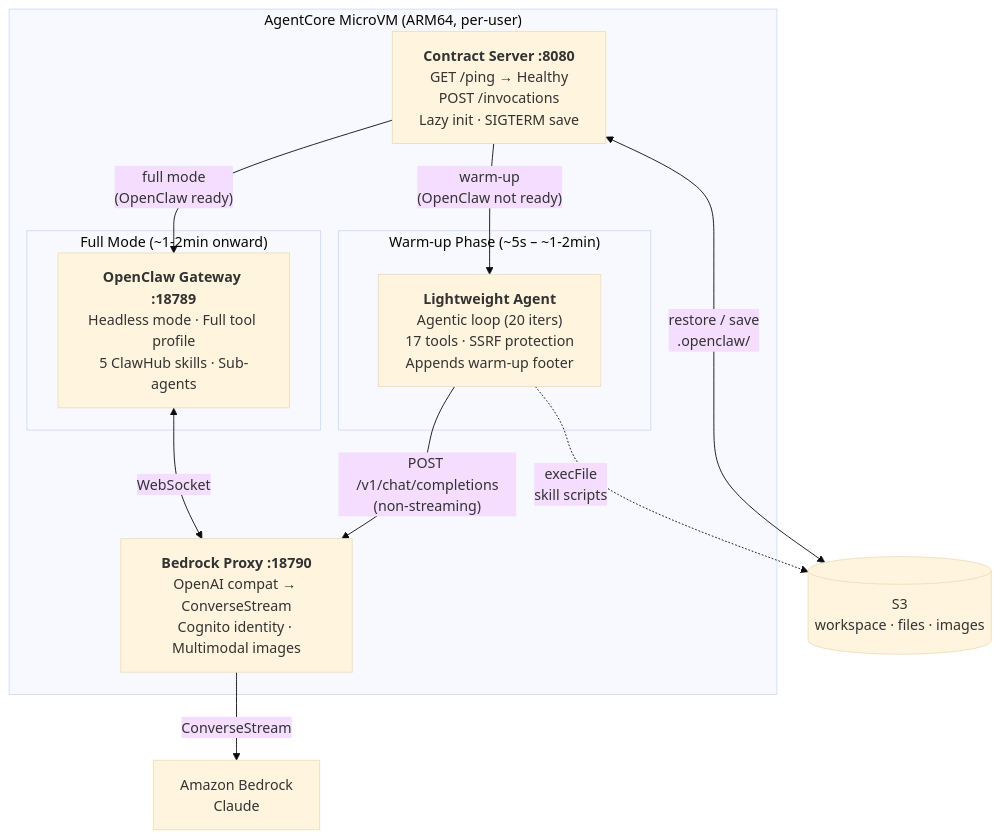
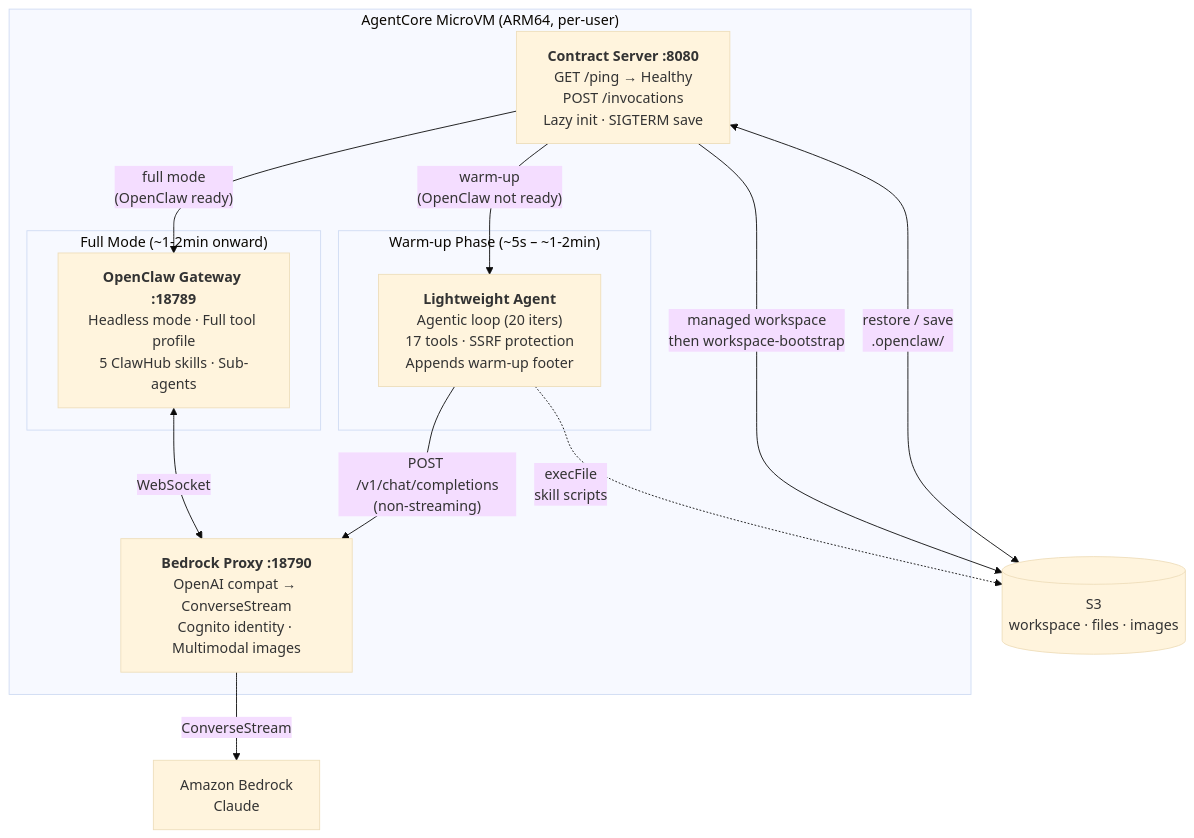
One commit to wongcyrus/sample-host-openclaw-on-amazon-bedrock-agentcore changed the sixth of 8 diagrams in docs/architecture-detailed.md. Above: the diagram before and after it, drawn with Mermaid (base theme). The commit also changed other lines of this file and 67 other files, not shown here.

First line of the commit message:
feat(bridge): add managed workspace bootstrap

````diff
--- a/docs/architecture-detailed.md
+++ b/docs/architecture-detailed.md
@@ -206,28 +208,29 @@
 ```mermaid
 flowchart TB
     subgraph MicroVM["AgentCore MicroVM (ARM64, per-user)"]
         CONTRACT["<b>Contract Server :8080</b><br/>GET /ping → Healthy<br/>POST /invocations<br/>Lazy init · SIGTERM save"]
 
         CONTRACT -->|"warm-up<br/>(OpenClaw not ready)"| SHIM
         CONTRACT -->|"full mode<br/>(OpenClaw ready)"| OPENCLAW
 
         subgraph ShimBox["Warm-up Phase (~5s – ~1-2min)"]
             SHIM["<b>Lightweight Agent</b><br/>Agentic loop (20 iters)<br/>17 tools · SSRF protection<br/>Appends warm-up footer"]
         end
 
         subgraph FullBox["Full Mode (~1-2min onward)"]
             OPENCLAW["<b>OpenClaw Gateway :18789</b><br/>Headless mode · Full tool profile<br/>5 ClawHub skills · Sub-agents"]
         end
 
         PROXY["<b>Bedrock Proxy :18790</b><br/>OpenAI compat → ConverseStream<br/>Cognito identity · Multimodal images"]
 
         SHIM -->|"POST /v1/chat/completions<br/>(non-streaming)"| PROXY
         OPENCLAW <-->|WebSocket| PROXY
     end
 
     PROXY -->|ConverseStream| BEDROCK["Amazon Bedrock<br/>Claude"]
 
     S3[("S3<br/>workspace · files · images")]
     CONTRACT <-->|"restore / save<br/>.openclaw/"| S3
+    CONTRACT -->|"managed workspace<br/><namespace> then workspace-bootstrap"| S3
     SHIM -.->|"execFile<br/>skill scripts"| S3
 ```
````
